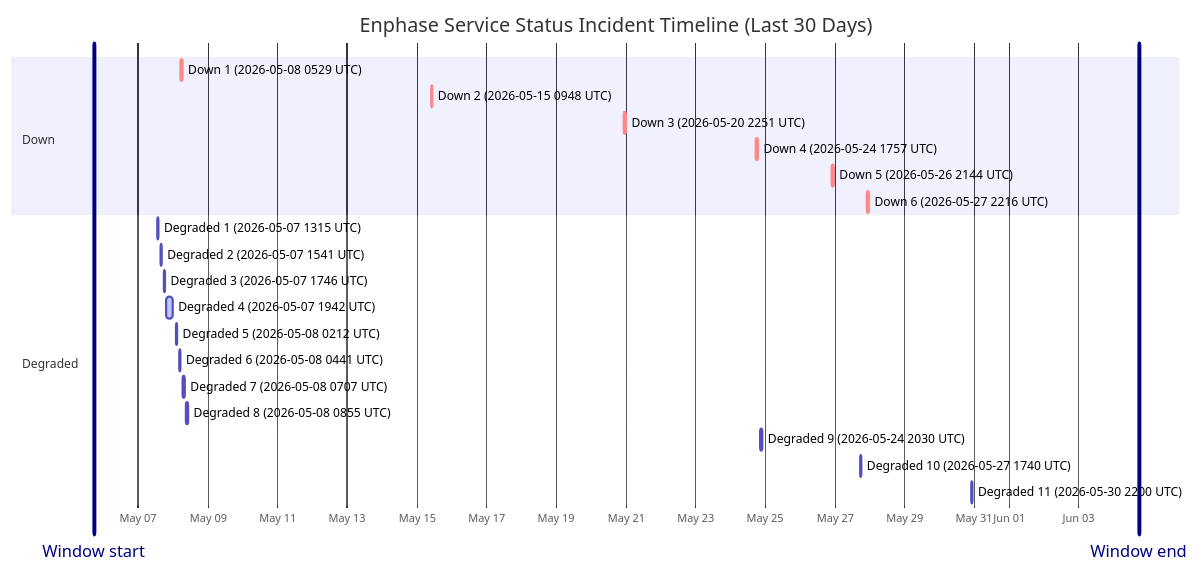
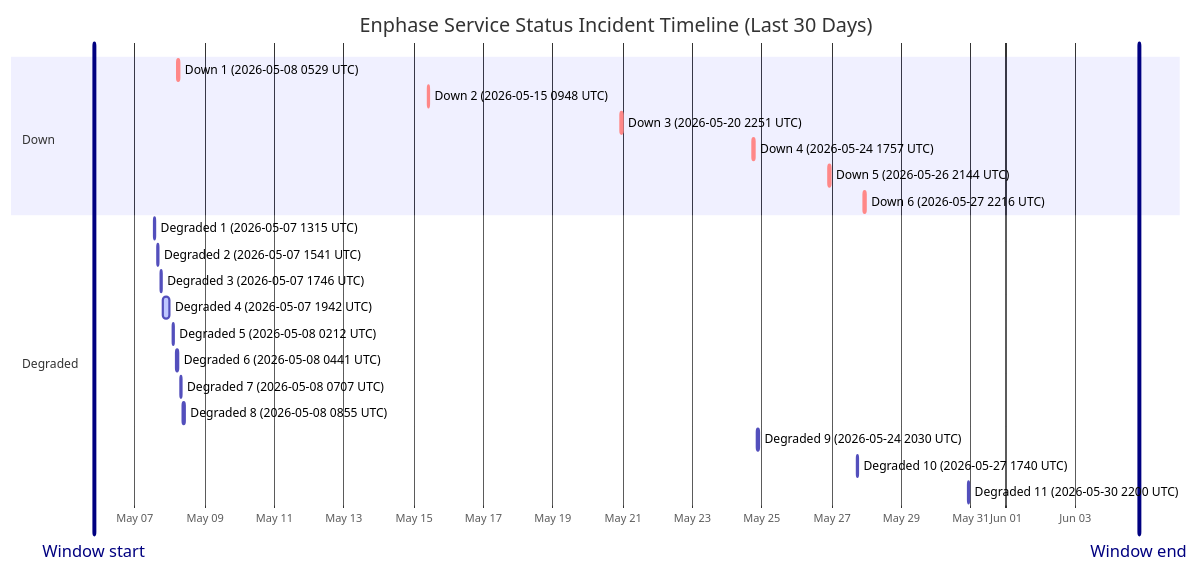
Before and after one commit to barneyonline/ha-enphase-energy: the diagram in wiki/Service-Status-History.md, drawn with Mermaid. The commit also changed other lines of this file and 3 other files, not shown here.

````diff
--- a/wiki/Service-Status-History.md
+++ b/wiki/Service-Status-History.md
@@ -14,27 +14,27 @@
 ```mermaid
 gantt
     title Enphase Service Status Incident Timeline (Last 30 Days)
     dateFormat  YYYY-MM-DDTHH:mm:ss
     axisFormat  %b %d
-    Window start :vert, window-start, 2026-05-05T17:27:56, 0ms
-    Window end :vert, window-end, 2026-06-04T17:27:56, 0ms
+    Window start :vert, window-start, 2026-05-05T19:37:31, 0ms
+    Window end :vert, window-end, 2026-06-04T19:37:31, 0ms
     section Down
     Down 1 (2026-05-08 0529 UTC) :crit, down-1, 2026-05-08T05:29:47, 60m
     Down 2 (2026-05-15 0948 UTC) :crit, down-2, 2026-05-15T09:48:18, 60m
     Down 3 (2026-05-20 2251 UTC) :crit, down-3, 2026-05-20T22:51:14, 75m
     Down 4 (2026-05-24 1757 UTC) :crit, down-4, 2026-05-24T17:57:41, 86m
     Down 5 (2026-05-26 2144 UTC) :crit, down-5, 2026-05-26T21:44:11, 85m
     Down 6 (2026-05-27 2216 UTC) :crit, down-6, 2026-05-27T22:16:53, 87m
     section Degraded
     Degraded 1 (2026-05-07 1315 UTC) :active, degraded-1, 2026-05-07T13:15:25, 60m
     Degraded 2 (2026-05-07 1541 UTC) :active, degraded-2, 2026-05-07T15:41:58, 60m
     Degraded 3 (2026-05-07 1746 UTC) :active, degraded-3, 2026-05-07T17:46:51, 60m
     Degraded 4 (2026-05-07 1942 UTC) :active, degraded-4, 2026-05-07T19:42:10, 249m
     Degraded 5 (2026-05-08 0212 UTC) :active, degraded-5, 2026-05-08T02:12:39, 60m
     Degraded 6 (2026-05-08 0441 UTC) :active, degraded-6, 2026-05-08T04:41:46, 60m
     Degraded 7 (2026-05-08 0707 UTC) :active, degraded-7, 2026-05-08T07:07:30, 60m
     Degraded 8 (2026-05-08 0855 UTC) :active, degraded-8, 2026-05-08T08:55:20, 88m
     Degraded 9 (2026-05-24 2030 UTC) :active, degraded-9, 2026-05-24T20:30:57, 84m
     Degraded 10 (2026-05-27 1740 UTC) :active, degraded-10, 2026-05-27T17:40:52, 60m
     Degraded 11 (2026-05-30 2200 UTC) :active, degraded-11, 2026-05-30T22:00:37, 60m
 ```
````
